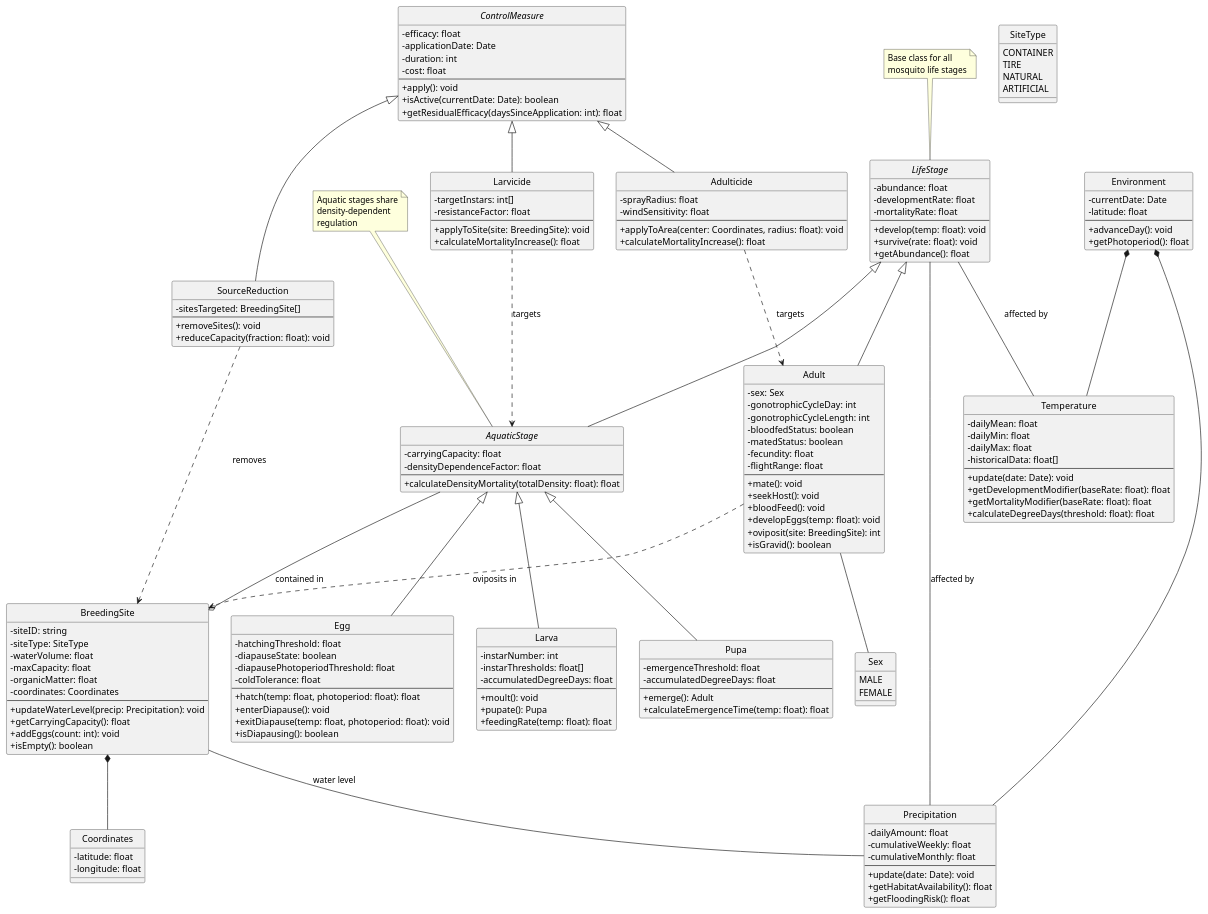
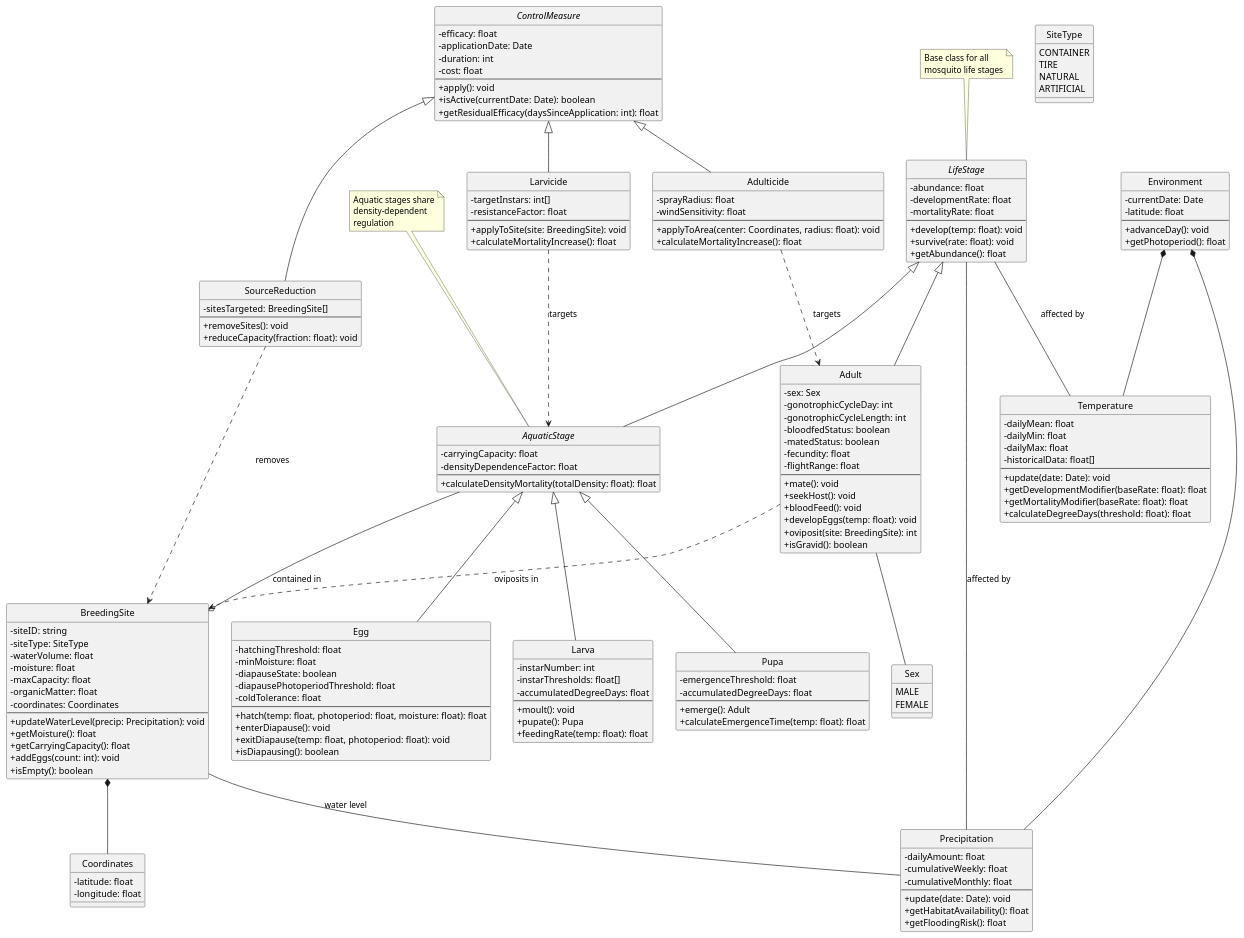
The diagram in plantuml/AedesClassDiagram.puml (sciom/aedes-uml-framework), drawn with PlantUML before and after one commit. The commit also changed 13 other files, not shown here.

```diff
--- a/plantuml/AedesClassDiagram.puml
+++ b/plantuml/AedesClassDiagram.puml
@@ -22,11 +22,12 @@
 
 class Egg {
   - hatchingThreshold: float
+  - minMoisture: float
   - diapauseState: boolean
   - diapausePhotoperiodThreshold: float
   - coldTolerance: float
   --
-  + hatch(temp: float, photoperiod: float): float
+  + hatch(temp: float, photoperiod: float, moisture: float): float
   + enterDiapause(): void
   + exitDiapause(temp: float, photoperiod: float): void
   + isDiapausing(): boolean
@@ -106,11 +107,13 @@
   - siteID: string
   - siteType: SiteType
   - waterVolume: float
+  - moisture: float
   - maxCapacity: float
   - organicMatter: float
   - coordinates: Coordinates
   --
   + updateWaterLevel(precip: Precipitation): void
+  + getMoisture(): float
   + getCarryingCapacity(): float
   + addEggs(count: int): void
   + isEmpty(): boolean
```
